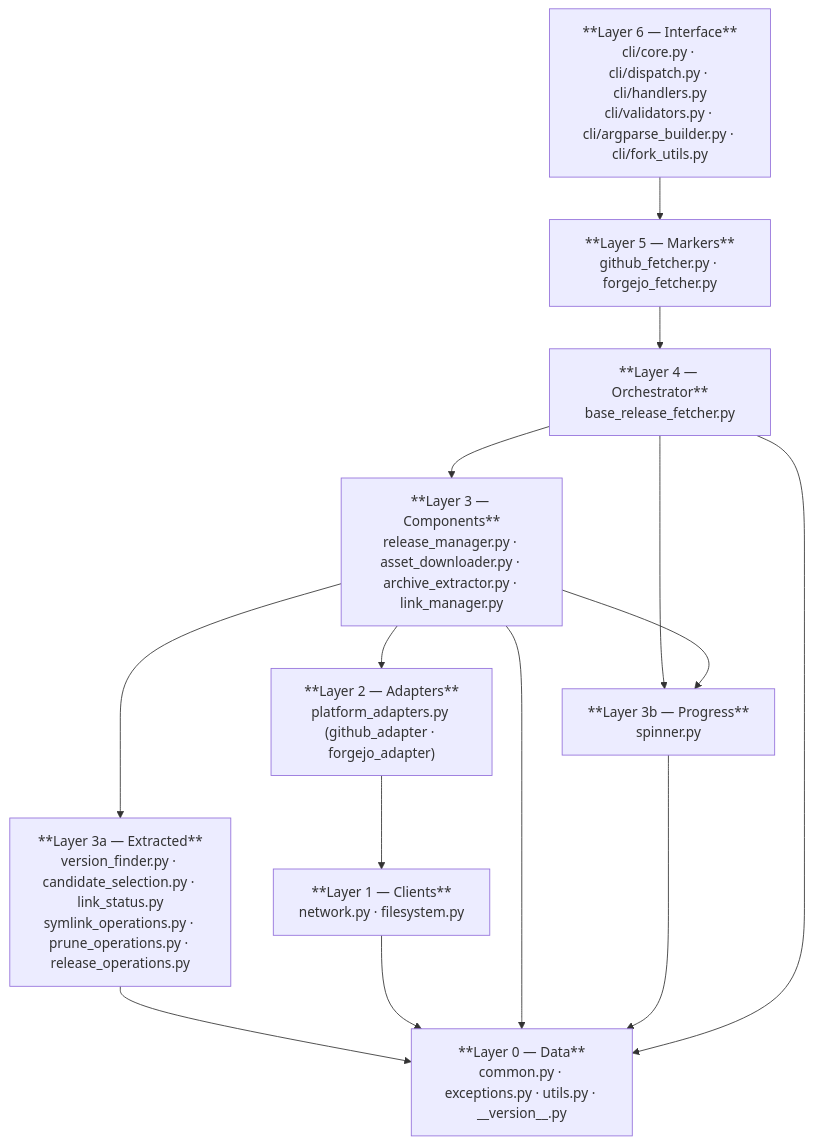
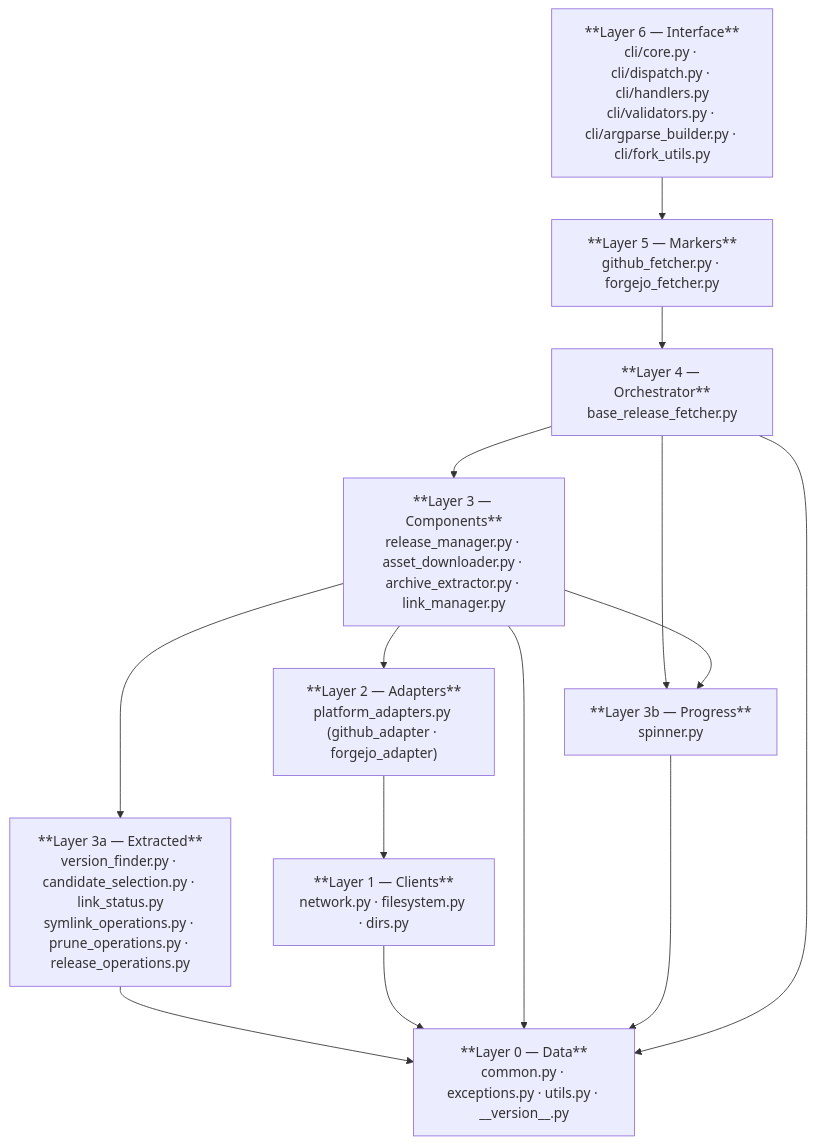
One commit to WombatFromHell/protonge-fetcher changed the second of 11 diagrams in DESIGN.md. Above: the diagram before and after it, drawn with Mermaid. The commit also changed other lines of this file and 44 other files, not shown here.

````diff
--- a/DESIGN.md
+++ b/DESIGN.md
@@ -105,36 +115,36 @@
 ```mermaid
 graph TD
     L6["**Layer 6 — Interface**<br/>cli/core.py · cli/dispatch.py · cli/handlers.py<br/>cli/validators.py · cli/argparse_builder.py · cli/fork_utils.py"]
     L5["**Layer 5 — Markers**<br/>github_fetcher.py · forgejo_fetcher.py"]
     L4["**Layer 4 — Orchestrator**<br/>base_release_fetcher.py"]
     L3["**Layer 3 — Components**<br/>release_manager.py · asset_downloader.py · archive_extractor.py · link_manager.py"]
     L3a["**Layer 3a — Extracted**<br/>version_finder.py · candidate_selection.py · link_status.py<br/>symlink_operations.py · prune_operations.py · release_operations.py"]
     L3b["**Layer 3b — Progress**<br/>spinner.py"]
     L2["**Layer 2 — Adapters**<br/>platform_adapters.py (github_adapter · forgejo_adapter)"]
-    L1["**Layer 1 — Clients**<br/>network.py · filesystem.py"]
+    L1["**Layer 1 — Clients**<br/>network.py · filesystem.py · dirs.py"]
     L0["**Layer 0 — Data**<br/>common.py · exceptions.py · utils.py · __version__.py"]
 
     L6 --> L5
     L5 --> L4
     L4 --> L3
     L4 --> L3b
     L3 --> L3a
     L3 --> L2
     L3 --> L3b
     L3a --> L0
     L2 --> L1
     L1 --> L0
     L3 --> L0
     L3b --> L0
     L4 --> L0
 
     class L0 fill:#e8f5e9,stroke:#4caf50
     class L1 fill:#e3f2fd,stroke:#2196f3
     class L2 fill:#fff3e0,stroke:#ff9800
     class L3 fill:#f3e5f5,stroke:#9c27b0
     class L3a fill:#e1f5fe,stroke:#00bcd4
     class L3b fill:#e1f5fe,stroke:#00bcd4
     class L4 fill:#fce4ec,stroke:#e91e63
     class L5 fill:#fff9c4,stroke:#fdd835
     class L6 fill:#e0f7fa,stroke:#00bcd4
 ```
````
